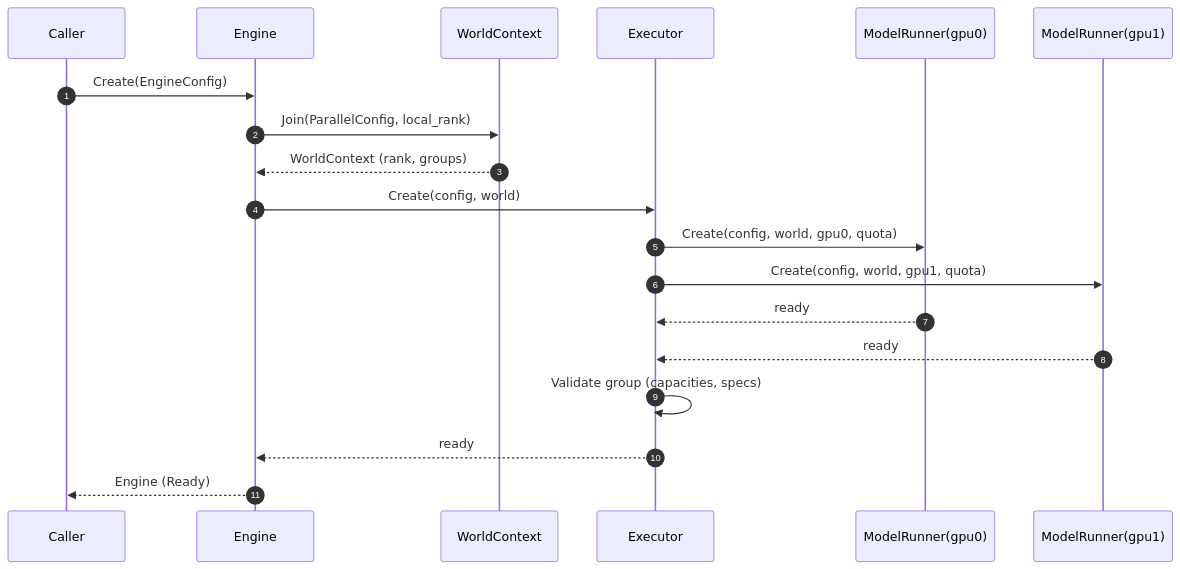
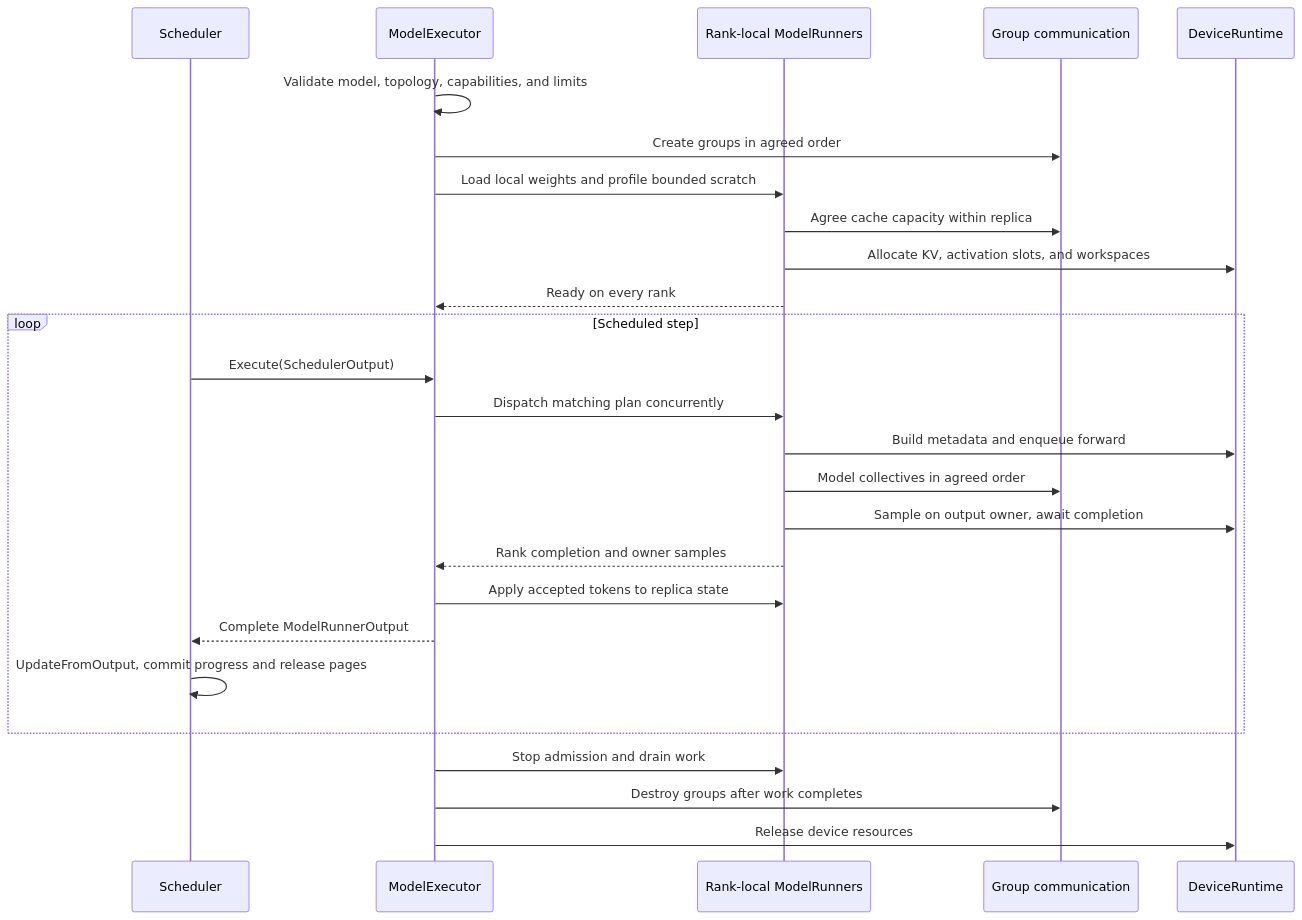
One commit to divedb/InferX changed the first of 8 diagrams in docs/executor.md. Above: the diagram before and after it, drawn with Mermaid. The commit also changed other lines of this file and 1761 other files, not shown here.

````diff
--- a/docs/executor.md
+++ b/docs/executor.md
@@ -814,22 +95,28 @@
 ```mermaid
 sequenceDiagram
-    autonumber
-    participant App as Caller
-    participant E as Engine
-    participant W as WorldContext
-    participant X as Executor
-    participant R0 as ModelRunner(gpu0)
-    participant R1 as ModelRunner(gpu1)
-
-    App->>E: Create(EngineConfig)
-    E->>W: Join(ParallelConfig, local_rank)
-    W-->>E: WorldContext (rank, groups)
-    E->>X: Create(config, world)
-    X->>R0: Create(config, world, gpu0, quota)
-    X->>R1: Create(config, world, gpu1, quota)
-    R0-->>X: ready
-    R1-->>X: ready
-    X->>X: Validate group (capacities, specs)
-    X-->>E: ready
-    E-->>App: Engine (Ready)
+    participant S as Scheduler
+    participant E as ModelExecutor
+    participant R as Rank-local ModelRunners
+    participant C as Group communication
+    participant D as DeviceRuntime
+    E->>E: Validate model, topology, capabilities, and limits
+    E->>C: Create groups in agreed order
+    E->>R: Load local weights and profile bounded scratch
+    R->>C: Agree cache capacity within replica
+    R->>D: Allocate KV, activation slots, and workspaces
+    R-->>E: Ready on every rank
+    loop Scheduled step
+        S->>E: Execute(SchedulerOutput)
+        E->>R: Dispatch matching plan concurrently
+        R->>D: Build metadata and enqueue forward
+        R->>C: Model collectives in agreed order
+        R->>D: Sample on output owner, await completion
+        R-->>E: Rank completion and owner samples
+        E->>R: Apply accepted tokens to replica state
+        E-->>S: Complete ModelRunnerOutput
+        S->>S: UpdateFromOutput, commit progress and release pages
+    end
+    E->>R: Stop admission and drain work
+    E->>C: Destroy groups after work completes
+    E->>D: Release device resources
 ```
````
